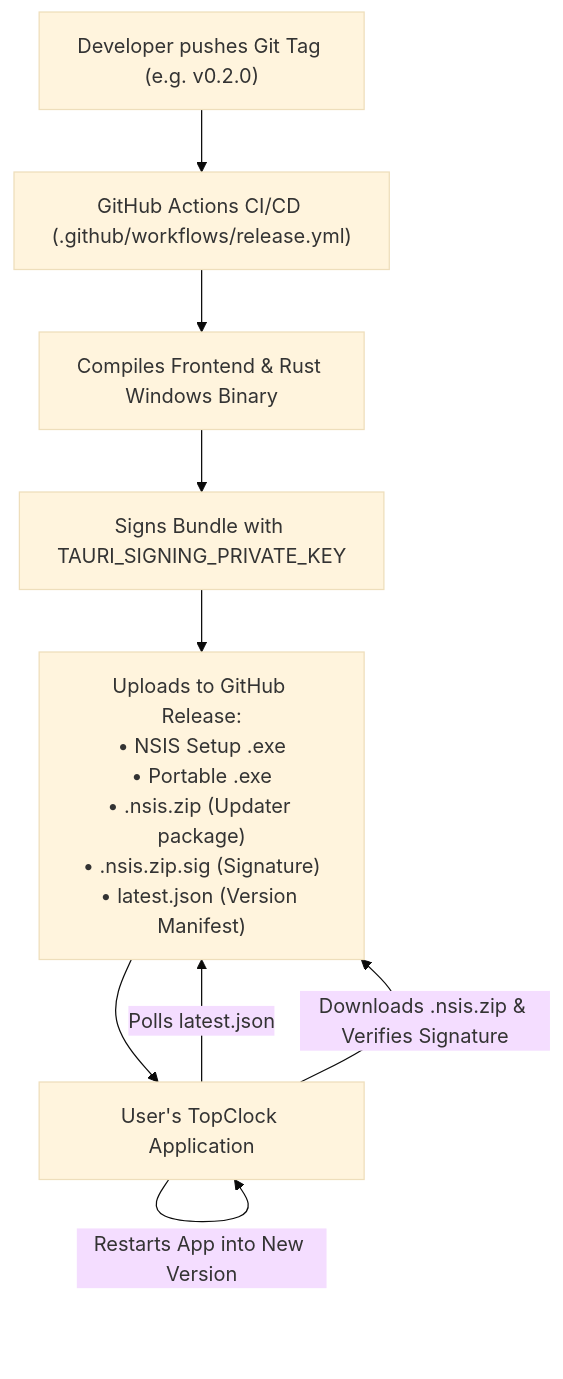
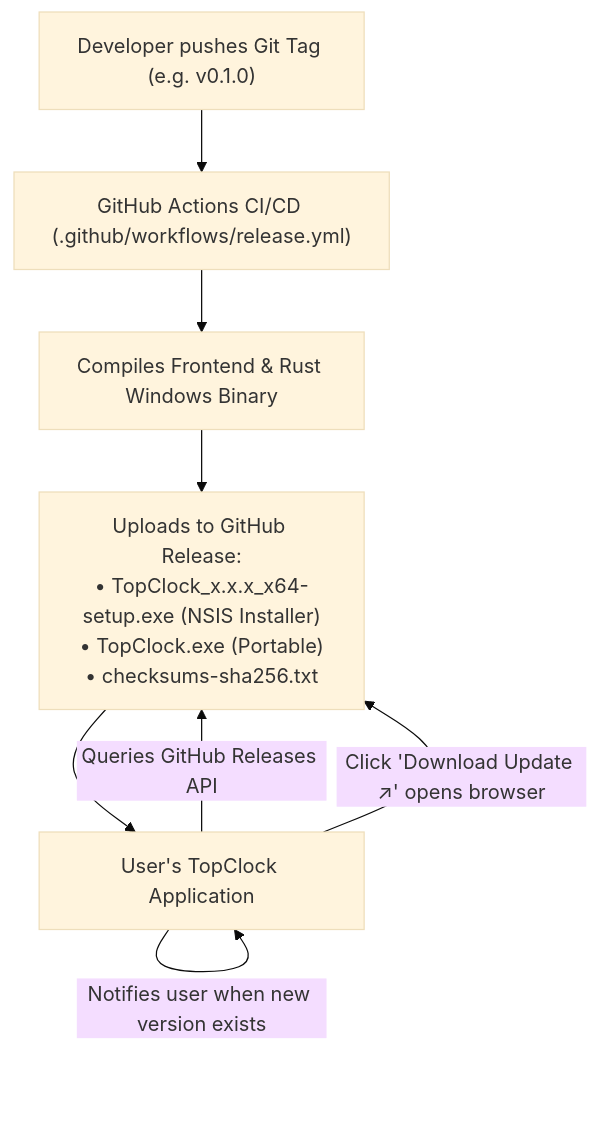
One commit to tbkmax/TopClock changed the diagram in doc/UPDATE_SYSTEM.md. Above: the diagram before and after it, drawn with Mermaid (base theme). The commit also changed other lines of this file and 19 other files, not shown here.

````diff
--- a/doc/UPDATE_SYSTEM.md
+++ b/doc/UPDATE_SYSTEM.md
@@ -11,11 +11,10 @@
 ```mermaid
 flowchart TD
-    A["Developer pushes Git Tag (e.g. v0.2.0)"] --> B["GitHub Actions CI/CD (.github/workflows/release.yml)"]
+    A["Developer pushes Git Tag (e.g. v0.1.0)"] --> B["GitHub Actions CI/CD (.github/workflows/release.yml)"]
     B --> C["Compiles Frontend & Rust Windows Binary"]
-    C --> D["Signs Bundle with TAURI_SIGNING_PRIVATE_KEY"]
-    D --> E["Uploads to GitHub Release:\n• NSIS Setup .exe\n• Portable .exe\n• .nsis.zip (Updater package)\n• .nsis.zip.sig (Signature)\n• latest.json (Version Manifest)"]
-    E --> F["User's TopClock Application"]
-    F -->|Polls latest.json| E
-    F -->|Downloads .nsis.zip & Verifies Signature| E
-    F -->|Restarts App into New Version| F
+    C --> D["Uploads to GitHub Release:\n• TopClock_x.x.x_x64-setup.exe (NSIS Installer)\n• TopClock.exe (Portable)\n• checksums-sha256.txt"]
+    D --> E["User's TopClock Application"]
+    E -->|Queries GitHub Releases API| D
+    E -->|Notifies user when new version exists| E
+    E -->|Click 'Download Update ↗' opens browser| D
 ```
````
